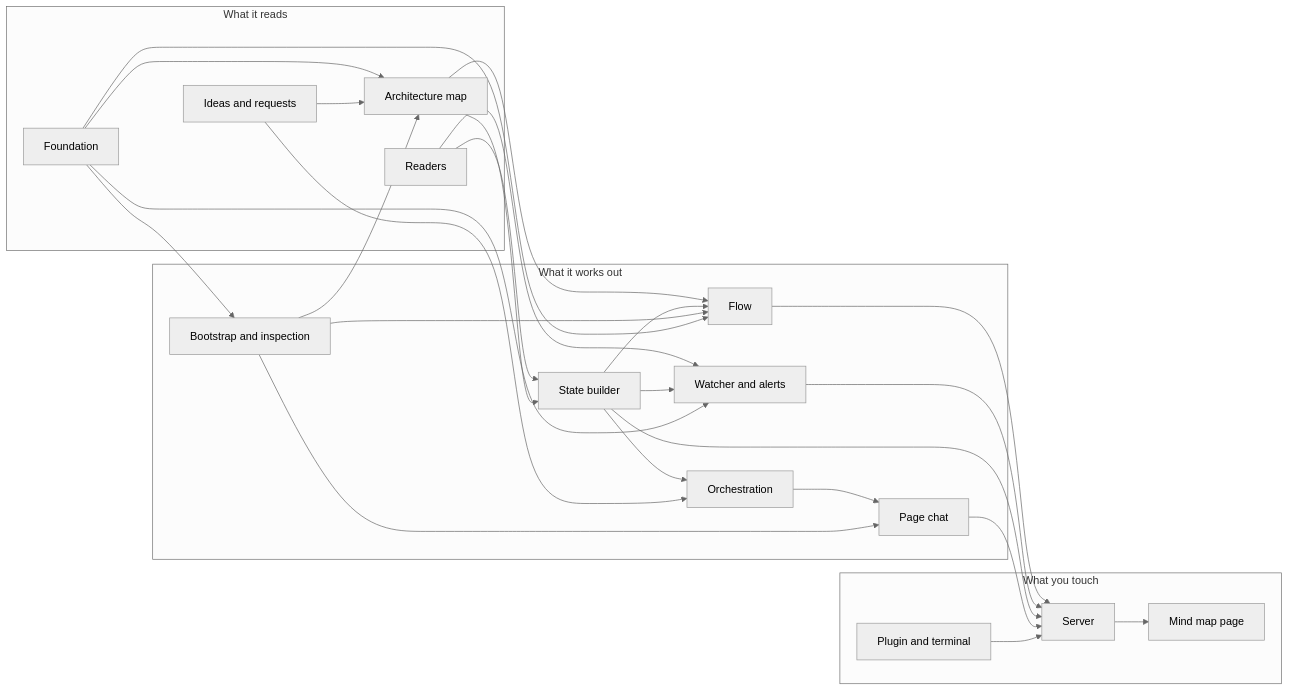
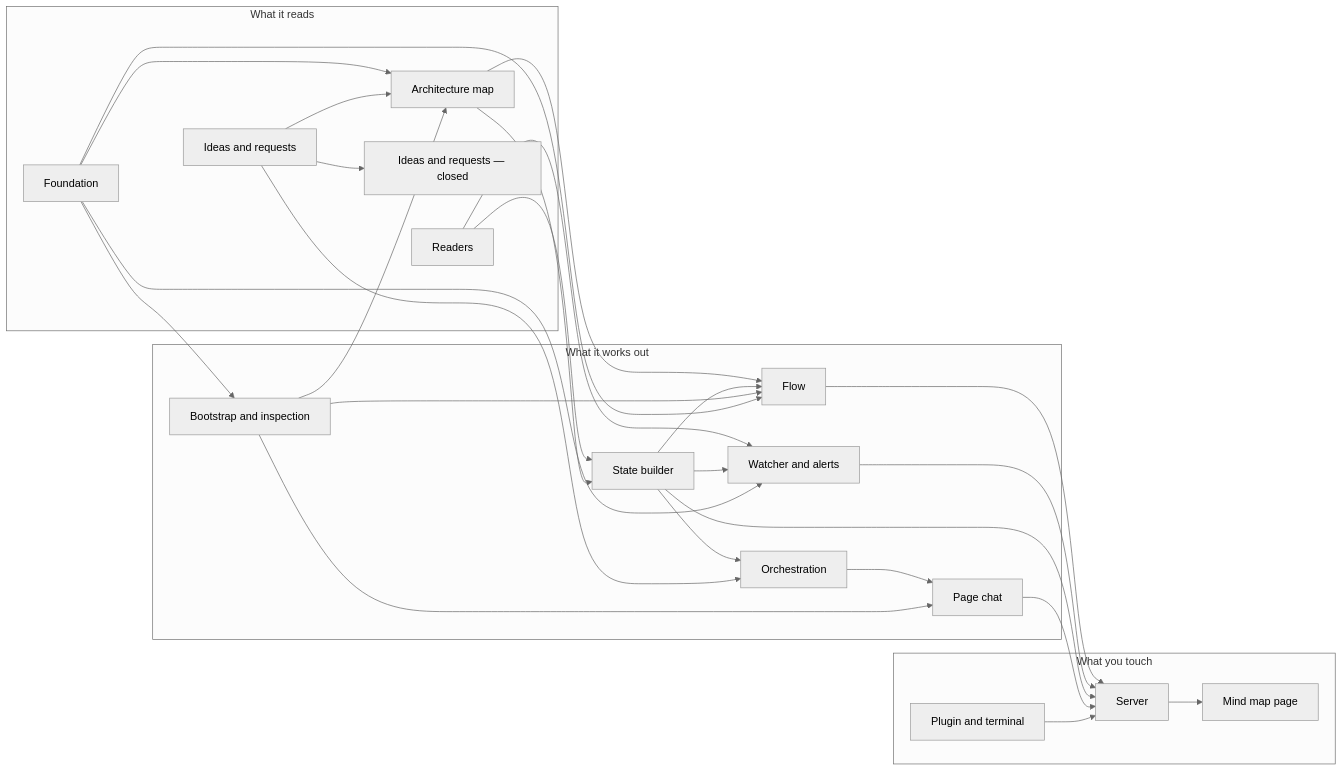
The diagram in docs/architecture/README.md (dan-abreu/session-map), drawn with Mermaid (neutral theme) before and after one commit. The commit also changed other lines of this file and 3 other files, not shown here.

Commit message:
docs(architecture): split the ideas registry into open and closed parts; add fd13 and fd14, id70 and id71

````diff
--- a/docs/architecture/README.md
+++ b/docs/architecture/README.md
@@ -7,45 +7,47 @@
 ```mermaid
 flowchart LR
     subgraph sources["What it reads"]
         RD[Readers]
         AM[Architecture map]
         FD[Foundation]
         ID[Ideas and requests]
+        IC[Ideas and requests — closed]
     end
     subgraph engine["What it works out"]
         SB[State builder]
         PC[Page chat]
         FL[Flow]
         OR[Orchestration]
         WA[Watcher and alerts]
         BI[Bootstrap and inspection]
     end
     subgraph surface["What you touch"]
         SV[Server]
         MM[Mind map page]
         PL[Plugin and terminal]
     end
     RD --> SB
     AM --> SB
     AM --> FL
     SB --> FL
     RD --> WA
     SB --> WA
     SB --> OR
     OR --> PC
     BI --> PC
     BI --> AM
     BI --> FL
     FL --> SV
     WA --> SV
     SB --> SV
     PC --> SV
     SV --> MM
     PL --> SV
     FD --> AM
     FD --> FL
     FD --> BI
     FD --> WA
     ID --> AM
+    ID --> IC
     ID --> OR
 ```
````
